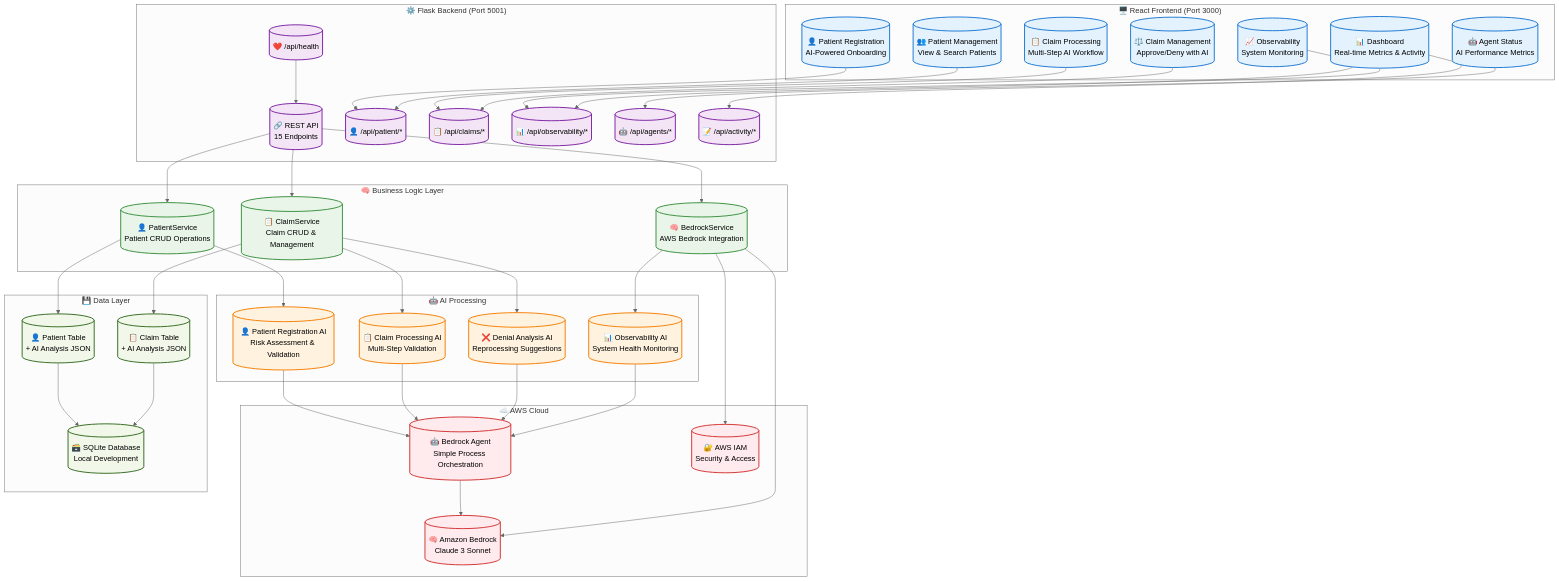
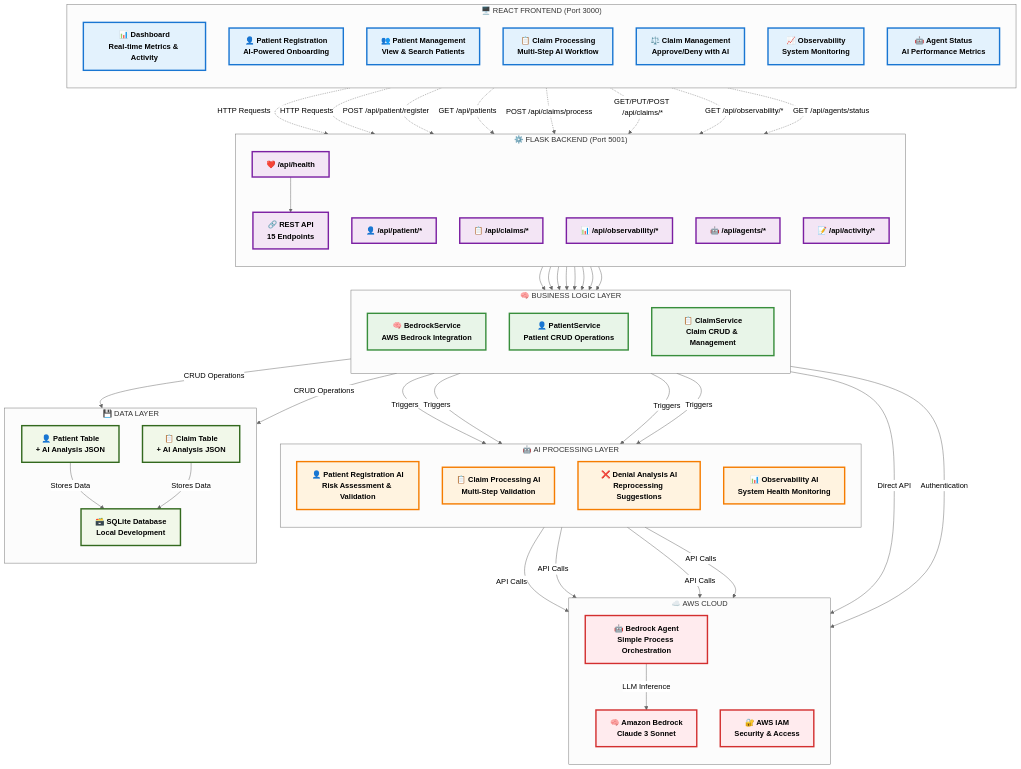
The diagram in ARCHITECTURE_DIAGRAM.md (Aragonz2025/madza), drawn with Mermaid (neutral theme) before and after one commit. The commit also changed 22 other files, not shown here.

````diff
--- a/ARCHITECTURE_DIAGRAM.md
+++ b/ARCHITECTURE_DIAGRAM.md
@@ -7,100 +7,111 @@
 ```mermaid
 graph TB
-    %% Frontend Components
-    subgraph "🖥️ React Frontend (Port 3000)"
-        DASH[("📊 Dashboard<br/>Real-time Metrics & Activity")]
-        PAT_REG[("👤 Patient Registration<br/>AI-Powered Onboarding")]
-        PAT_MGMT[("👥 Patient Management<br/>View & Search Patients")]
-        CLAIM_PROC[("📋 Claim Processing<br/>Multi-Step AI Workflow")]
-        CLAIM_MGMT[("⚖️ Claim Management<br/>Approve/Deny with AI")]
-        OBS[("📈 Observability<br/>System Monitoring")]
-        AGENT[("🤖 Agent Status<br/>AI Performance Metrics")]
+    %% Frontend Layer
+    subgraph FE["🖥️ REACT FRONTEND (Port 3000)"]
+        direction TB
+        DASH[📊 Dashboard<br/>Real-time Metrics & Activity]
+        PAT_REG[👤 Patient Registration<br/>AI-Powered Onboarding]
+        PAT_MGMT[👥 Patient Management<br/>View & Search Patients]
+        CLAIM_PROC[📋 Claim Processing<br/>Multi-Step AI Workflow]
+        CLAIM_MGMT[⚖️ Claim Management<br/>Approve/Deny with AI]
+        OBS[📈 Observability<br/>System Monitoring]
+        AGENT[🤖 Agent Status<br/>AI Performance Metrics]
     end
 
-    %% Backend API
-    subgraph "⚙️ Flask Backend (Port 5001)"
-        API[("🔗 REST API<br/>15 Endpoints")]
-        HEALTH[("❤️ /api/health")]
-        PAT_API[("👤 /api/patient/*")]
-        CLAIM_API[("📋 /api/claims/*")]
-        OBS_API[("📊 /api/observability/*")]
-        AGENT_API[("🤖 /api/agents/*")]
-        ACTIVITY[("📝 /api/activity/*")]
+    %% Backend API Layer
+    subgraph BE["⚙️ FLASK BACKEND (Port 5001)"]
+        direction TB
+        API[🔗 REST API<br/>15 Endpoints]
+        HEALTH[❤️ /api/health]
+        PAT_API[👤 /api/patient/*]
+        CLAIM_API[📋 /api/claims/*]
+        OBS_API[📊 /api/observability/*]
+        AGENT_API[🤖 /api/agents/*]
+        ACTIVITY[📝 /api/activity/*]
     end
 
-    %% Business Services
-    subgraph "🧠 Business Logic Layer"
-        BEDROCK_SVC[("🧠 BedrockService<br/>AWS Bedrock Integration")]
-        PAT_SVC[("👤 PatientService<br/>Patient CRUD Operations")]
-        CLAIM_SVC[("📋 ClaimService<br/>Claim CRUD & Management")]
+    %% Business Logic Layer
+    subgraph BL["🧠 BUSINESS LOGIC LAYER"]
+        direction TB
+        BEDROCK_SVC[🧠 BedrockService<br/>AWS Bedrock Integration]
+        PAT_SVC[👤 PatientService<br/>Patient CRUD Operations]
+        CLAIM_SVC[📋 ClaimService<br/>Claim CRUD & Management]
     end
 
-    %% AI Processing
-    subgraph "🤖 AI Processing"
-        PAT_AI[("👤 Patient Registration AI<br/>Risk Assessment & Validation")]
-        CLAIM_AI[("📋 Claim Processing AI<br/>Multi-Step Validation")]
-        DENIAL_AI[("❌ Denial Analysis AI<br/>Reprocessing Suggestions")]
-        OBS_AI[("📊 Observability AI<br/>System Health Monitoring")]
+    %% AI Processing Layer
+    subgraph AI["🤖 AI PROCESSING LAYER"]
+        direction TB
+        PAT_AI[👤 Patient Registration AI<br/>Risk Assessment & Validation]
+        CLAIM_AI[📋 Claim Processing AI<br/>Multi-Step Validation]
+        DENIAL_AI[❌ Denial Analysis AI<br/>Reprocessing Suggestions]
+        OBS_AI[📊 Observability AI<br/>System Health Monitoring]
     end
 
-    %% AWS Services
-    subgraph "☁️ AWS Cloud"
-        BEDROCK[("🧠 Amazon Bedrock<br/>Claude 3 Sonnet")]
-        BEDROCK_AGENT[("🤖 Bedrock Agent<br/>Simple Process Orchestration")]
-        IAM[("🔐 AWS IAM<br/>Security & Access")]
+    %% AWS Cloud Layer
+    subgraph AWS["☁️ AWS CLOUD"]
+        direction TB
+        BEDROCK[🧠 Amazon Bedrock<br/>Claude 3 Sonnet]
+        BEDROCK_AGENT[🤖 Bedrock Agent<br/>Simple Process Orchestration]
+        IAM[🔐 AWS IAM<br/>Security & Access]
     end
 
-    %% Database
-    subgraph "💾 Data Layer"
-        SQLITE[("🗃️ SQLite Database<br/>Local Development")]
-        PAT_TBL[("👤 Patient Table<br/>+ AI Analysis JSON")]
-        CLAIM_TBL[("📋 Claim Table<br/>+ AI Analysis JSON")]
+    %% Data Layer
+    subgraph DATA["💾 DATA LAYER"]
+        direction TB
+        SQLITE[🗃️ SQLite Database<br/>Local Development]
+        PAT_TBL[👤 Patient Table<br/>+ AI Analysis JSON]
+        CLAIM_TBL[📋 Claim Table<br/>+ AI Analysis JSON]
     end
 
-    %% Frontend to API
-    DASH --> OBS_API
-    DASH --> ACTIVITY
-    PAT_REG --> PAT_API
-    PAT_MGMT --> PAT_API
-    CLAIM_PROC --> CLAIM_API
-    CLAIM_MGMT --> CLAIM_API
-    OBS --> OBS_API
-    AGENT --> AGENT_API
+    %% Connections - Frontend to Backend
+    DASH -.->|"HTTP Requests"| OBS_API
+    DASH -.->|"HTTP Requests"| ACTIVITY
+    PAT_REG -.->|"POST /api/patient/register"| PAT_API
+    PAT_MGMT -.->|"GET /api/patients"| PAT_API
+    CLAIM_PROC -.->|"POST /api/claims/process"| CLAIM_API
+    CLAIM_MGMT -.->|"GET/PUT/POST /api/claims/*"| CLAIM_API
+    OBS -.->|"GET /api/observability/*"| OBS_API
+    AGENT -.->|"GET /api/agents/status"| AGENT_API
 
-    %% API to Services
+    %% Backend Internal Connections
     API --> BEDROCK_SVC
     API --> PAT_SVC
     API --> CLAIM_SVC
     HEALTH --> API
+    PAT_API --> PAT_SVC
+    CLAIM_API --> CLAIM_SVC
+    OBS_API --> BEDROCK_SVC
+    AGENT_API --> BEDROCK_SVC
+    ACTIVITY --> BEDROCK_SVC
 
-    %% Services to AI
-    PAT_SVC --> PAT_AI
-    CLAIM_SVC --> CLAIM_AI
-    CLAIM_SVC --> DENIAL_AI
-    BEDROCK_SVC --> OBS_AI
+    %% Business Logic to AI
+    PAT_SVC -->|"Triggers"| PAT_AI
+    CLAIM_SVC -->|"Triggers"| CLAIM_AI
+    CLAIM_SVC -->|"Triggers"| DENIAL_AI
+    BEDROCK_SVC -->|"Triggers"| OBS_AI
 
     %% AI to AWS
-    PAT_AI --> BEDROCK_AGENT
-    CLAIM_AI --> BEDROCK_AGENT
-    DENIAL_AI --> BEDROCK_AGENT
-    OBS_AI --> BEDROCK_AGENT
-    BEDROCK_AGENT --> BEDROCK
-    BEDROCK_SVC --> BEDROCK
-    BEDROCK_SVC --> IAM
+    PAT_AI -->|"API Calls"| BEDROCK_AGENT
+    CLAIM_AI -->|"API Calls"| BEDROCK_AGENT
+    DENIAL_AI -->|"API Calls"| BEDROCK_AGENT
+    OBS_AI -->|"API Calls"| BEDROCK_AGENT
+    BEDROCK_AGENT -->|"LLM Inference"| BEDROCK
+    BEDROCK_SVC -->|"Direct API"| BEDROCK
+    BEDROCK_SVC -->|"Authentication"| IAM
 
     %% Data Connections
-    PAT_SVC --> PAT_TBL
-    CLAIM_SVC --> CLAIM_TBL
-    PAT_TBL --> SQLITE
-    CLAIM_TBL --> SQLITE
+    PAT_SVC -->|"CRUD Operations"| PAT_TBL
+    CLAIM_SVC -->|"CRUD Operations"| CLAIM_TBL
+    PAT_TBL -->|"Stores Data"| SQLITE
+    CLAIM_TBL -->|"Stores Data"| SQLITE
 
-    %% Styling
-    classDef frontend fill:#e3f2fd,stroke:#1976d2,stroke-width:2px
-    classDef api fill:#f3e5f5,stroke:#7b1fa2,stroke-width:2px
-    classDef services fill:#e8f5e8,stroke:#388e3c,stroke-width:2px
-    classDef ai fill:#fff3e0,stroke:#f57c00,stroke-width:2px
-    classDef aws fill:#ffebee,stroke:#d32f2f,stroke-width:2px
-    classDef data fill:#f1f8e9,stroke:#33691e,stroke-width:2px
+    %% Styling with better boxes
+    classDef frontend fill:#e3f2fd,stroke:#1976d2,stroke-width:3px,color:#000,font-weight:bold
+    classDef api fill:#f3e5f5,stroke:#7b1fa2,stroke-width:3px,color:#000,font-weight:bold
+    classDef services fill:#e8f5e8,stroke:#388e3c,stroke-width:3px,color:#000,font-weight:bold
+    classDef ai fill:#fff3e0,stroke:#f57c00,stroke-width:3px,color:#000,font-weight:bold
+    classDef aws fill:#ffebee,stroke:#d32f2f,stroke-width:3px,color:#000,font-weight:bold
+    classDef data fill:#f1f8e9,stroke:#33691e,stroke-width:3px,color:#000,font-weight:bold
 
     class DASH,PAT_REG,PAT_MGMT,CLAIM_PROC,CLAIM_MGMT,OBS,AGENT frontend
     class API,HEALTH,PAT_API,CLAIM_API,OBS_API,AGENT_API,ACTIVITY api
````
